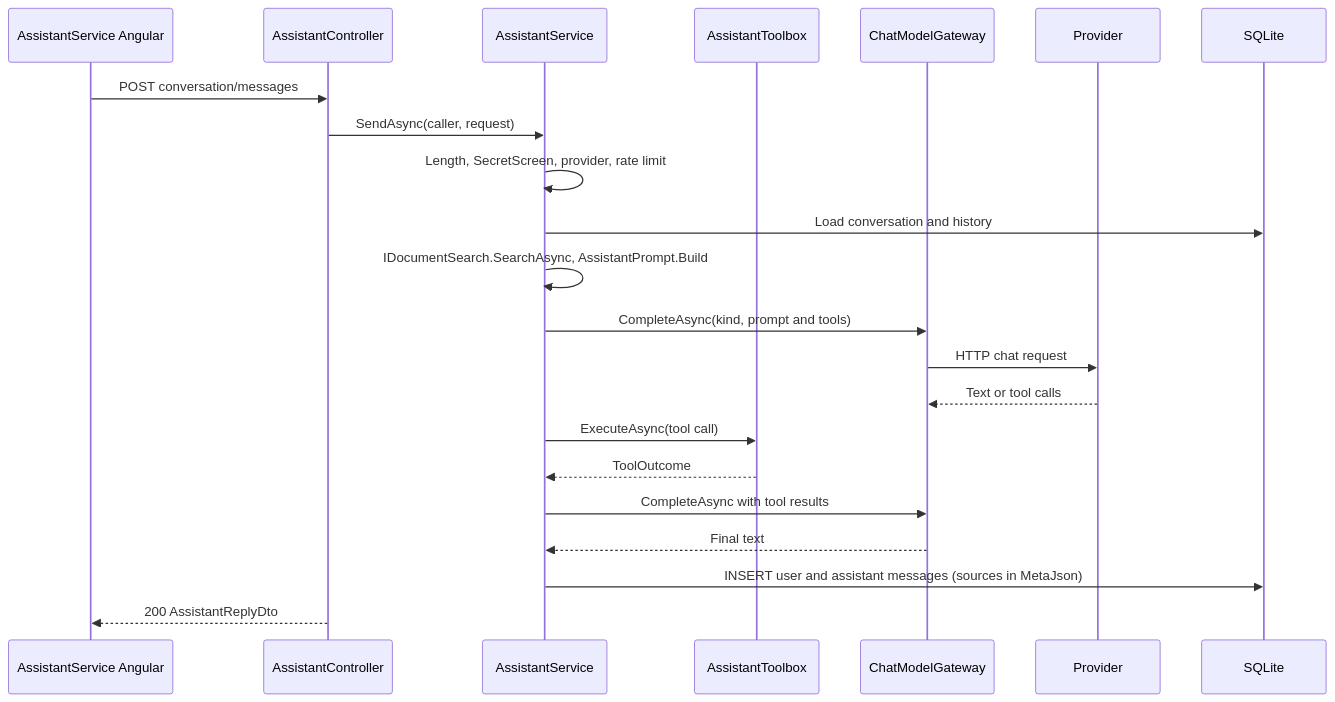
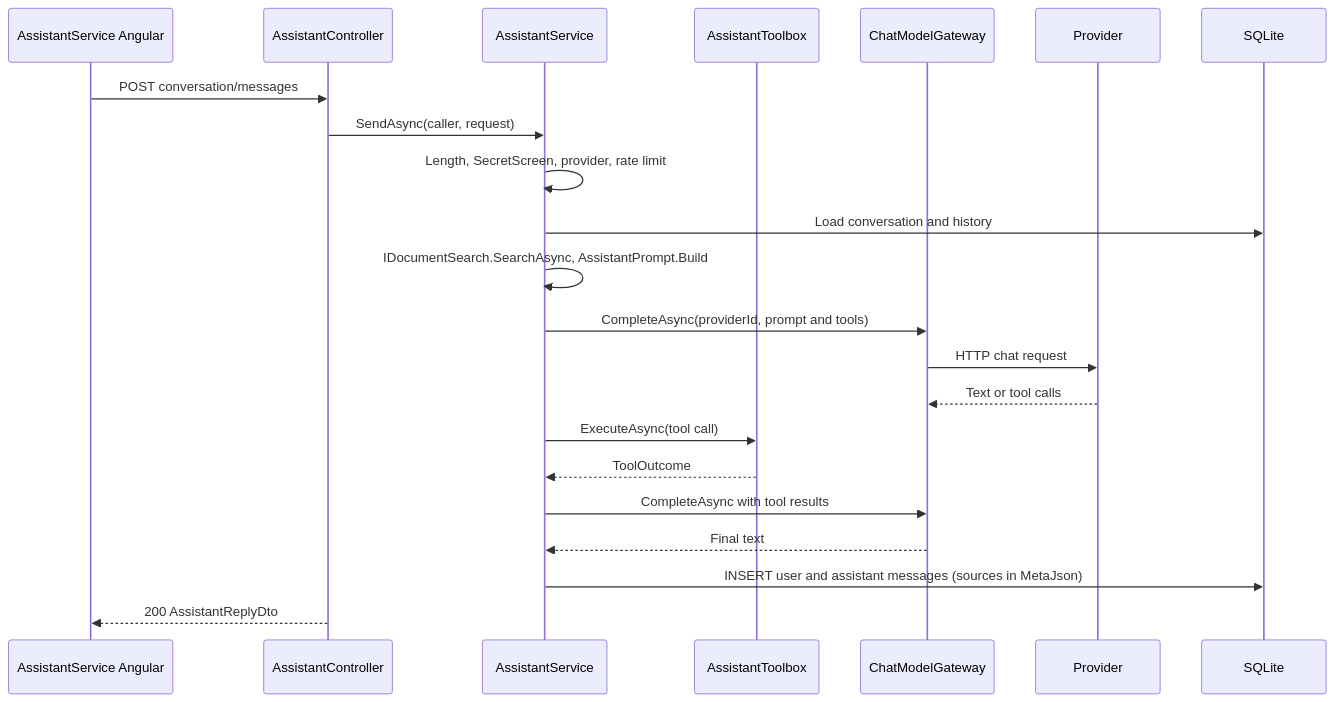
The third of 14 diagrams in TF - Documents/TF - LLD/08-TFA-Assistant/08.1-Assistant/LLD-Assistant.md (jojogeorge3344/TaskFlow-Project), drawn with Mermaid before and after one commit. The commit also changed other lines of this file and 8 other files, not shown here.

````diff
--- a/TF - Documents/TF - LLD/08-TFA-Assistant/08.1-Assistant/LLD-Assistant.md
+++ b/TF - Documents/TF - LLD/08-TFA-Assistant/08.1-Assistant/LLD-Assistant.md
@@ -380,24 +397,24 @@
 ```mermaid
 sequenceDiagram
   participant UI as AssistantService Angular
   participant C as AssistantController
   participant S as AssistantService
   participant T as AssistantToolbox
   participant G as ChatModelGateway
   participant P as Provider
   participant DB as SQLite
   UI->>C: POST conversation/messages
   C->>S: SendAsync(caller, request)
   S->>S: Length, SecretScreen, provider, rate limit
   S->>DB: Load conversation and history
   S->>S: IDocumentSearch.SearchAsync, AssistantPrompt.Build
-  S->>G: CompleteAsync(kind, prompt and tools)
+  S->>G: CompleteAsync(providerId, prompt and tools)
   G->>P: HTTP chat request
   P-->>G: Text or tool calls
   S->>T: ExecuteAsync(tool call)
   T-->>S: ToolOutcome
   S->>G: CompleteAsync with tool results
   G-->>S: Final text
   S->>DB: INSERT user and assistant messages (sources in MetaJson)
   C-->>UI: 200 AssistantReplyDto
 ```
````
